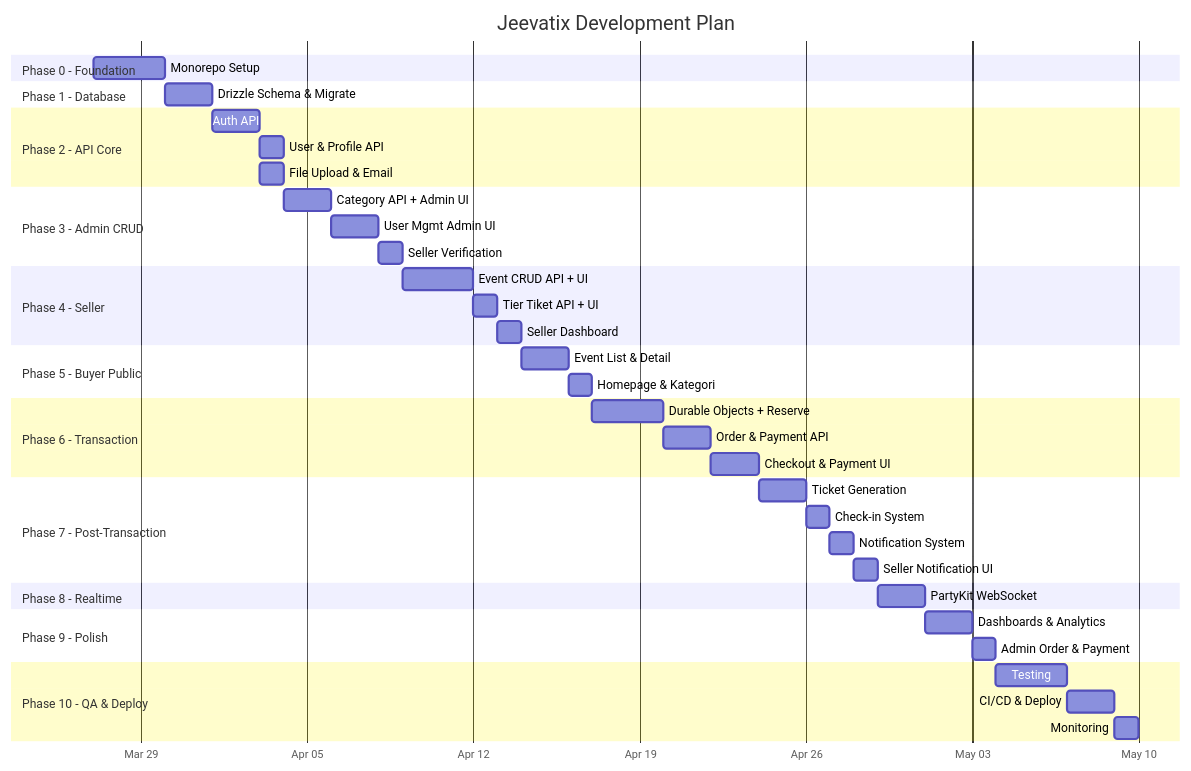
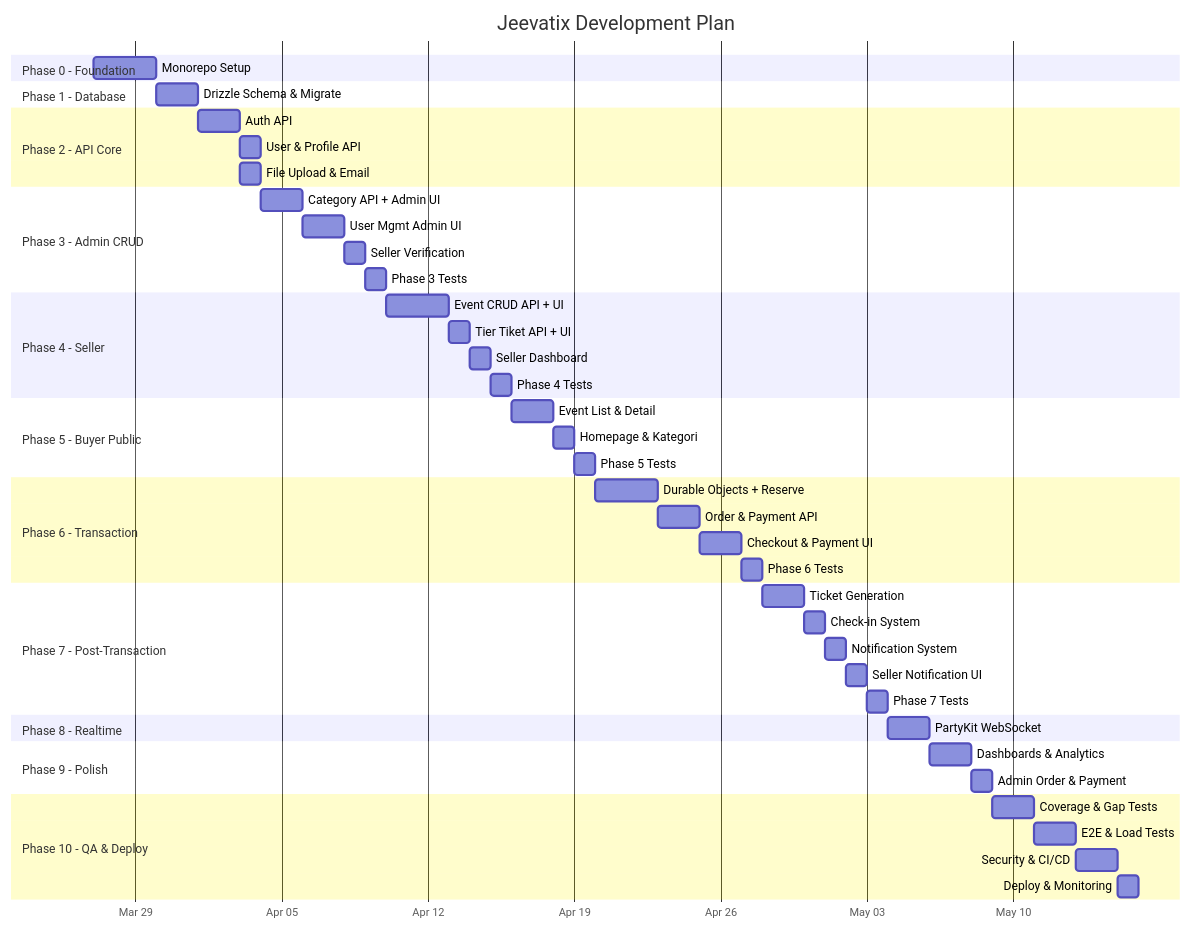
Before and after one commit to oppytut/jeevatix: the first of 2 diagrams in DEVELOPMENT_PLAN.md, drawn with Mermaid. The commit also changed other lines of this file, not shown here.

````diff
--- a/DEVELOPMENT_PLAN.md
+++ b/DEVELOPMENT_PLAN.md
@@ -60,54 +70,60 @@
 ```mermaid
 gantt
     title Jeevatix Development Plan
     dateFormat  YYYY-MM-DD
     axisFormat  %b %d
     
     section Phase 0 - Foundation
     Monorepo Setup           :p0, 2026-03-27, 3d
     
     section Phase 1 - Database
     Drizzle Schema & Migrate :p1, after p0, 2d
     
     section Phase 2 - API Core
     Auth API                 :p2a, after p1, 2d
     User & Profile API       :p2b, after p2a, 1d
     File Upload & Email      :p2c, after p2a, 1d
     
     section Phase 3 - Admin CRUD
     Category API + Admin UI  :p3a, after p2b, 2d
     User Mgmt Admin UI       :p3b, after p3a, 2d
     Seller Verification      :p3c, after p3b, 1d
+    Phase 3 Tests            :p3t, after p3c, 1d
     
     section Phase 4 - Seller
-    Event CRUD API + UI      :p4a, after p3c, 3d
+    Event CRUD API + UI      :p4a, after p3t, 3d
     Tier Tiket API + UI      :p4b, after p4a, 1d
     Seller Dashboard         :p4c, after p4b, 1d
+    Phase 4 Tests            :p4t, after p4c, 1d
     
     section Phase 5 - Buyer Public
-    Event List & Detail      :p5a, after p4c, 2d
+    Event List & Detail      :p5a, after p4t, 2d
     Homepage & Kategori      :p5b, after p5a, 1d
+    Phase 5 Tests            :p5t, after p5b, 1d
     
     section Phase 6 - Transaction
-    Durable Objects + Reserve:p6a, after p5b, 3d
+    Durable Objects + Reserve:p6a, after p5t, 3d
     Order & Payment API      :p6b, after p6a, 2d
     Checkout & Payment UI    :p6c, after p6b, 2d
+    Phase 6 Tests            :p6t, after p6c, 1d
     
     section Phase 7 - Post-Transaction
-    Ticket Generation        :p7a, after p6c, 2d
+    Ticket Generation        :p7a, after p6t, 2d
     Check-in System          :p7b, after p7a, 1d
     Notification System      :p7c, after p7b, 1d
     Seller Notification UI   :p7d, after p7c, 1d
+    Phase 7 Tests            :p7t, after p7d, 1d
     
     section Phase 8 - Realtime
-    PartyKit WebSocket       :p8, after p7d, 2d
+    PartyKit WebSocket       :p8, after p7t, 2d
     
     section Phase 9 - Polish
     Dashboards & Analytics   :p9a, after p8, 2d
     Admin Order & Payment    :p9b, after p9a, 1d
     
     section Phase 10 - QA & Deploy
-    Testing                  :p10a, after p9b, 3d
-    CI/CD & Deploy           :p10b, after p10a, 2d
-    Monitoring               :p10c, after p10b, 1d
+    Coverage & Gap Tests     :p10a, after p9b, 2d
+    E2E & Load Tests         :p10b, after p10a, 2d
+    Security & CI/CD         :p10c, after p10b, 2d
+    Deploy & Monitoring      :p10d, after p10c, 1d
 ```
````
